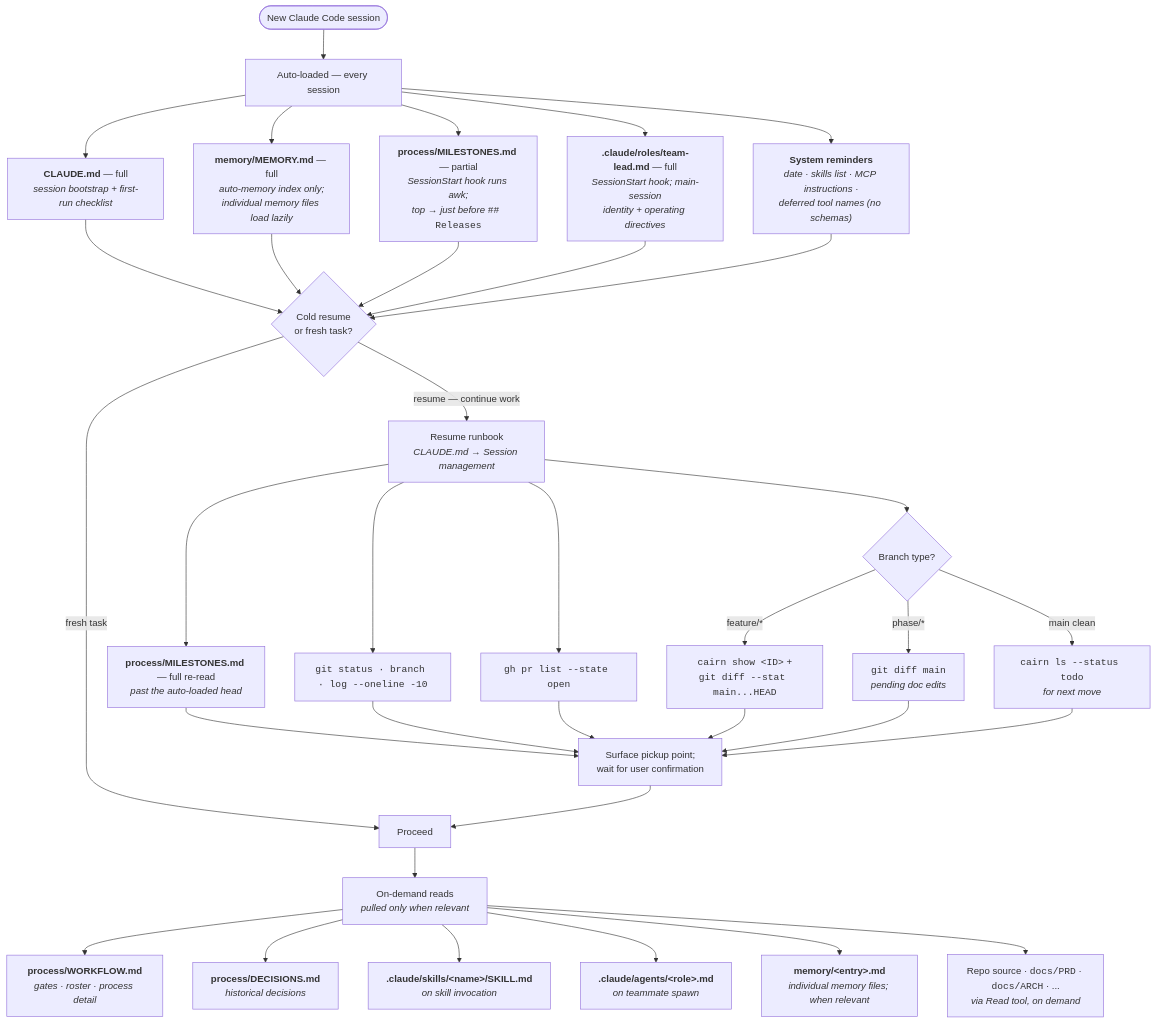
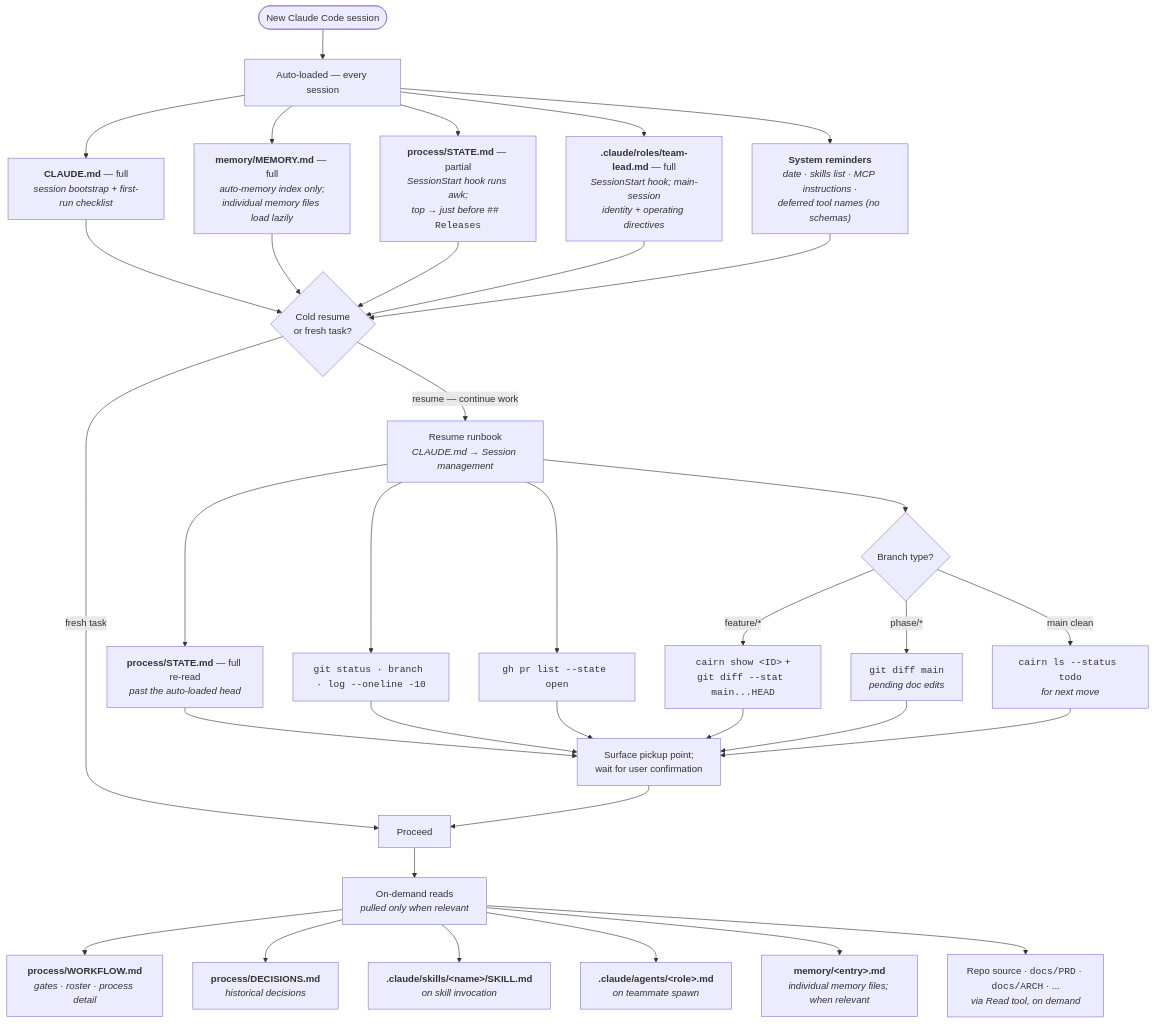
Before and after one commit to richmosko/project_template: the second of 2 diagrams in README.md, drawn with Mermaid. The commit also changed other lines of this file and 37 other files, not shown here.

First line of the commit message:
docs(PT-15): rename process/MILESTONES.md → STATE.md (#34)

````diff
--- a/README.md
+++ b/README.md
@@ -157,48 +157,48 @@
 ```mermaid
 flowchart TD
   S0([New Claude Code session])
 
   S0 --> A["Auto-loaded — every session"]
 
   A --> A1["<b>CLAUDE.md</b> — full<br/><i>session bootstrap + first-run checklist</i>"]
   A --> A2["<b>memory/MEMORY.md</b> — full<br/><i>auto-memory index only;<br/>individual memory files load lazily</i>"]
-  A --> A3["<b>process/MILESTONES.md</b> — partial<br/><i>SessionStart hook runs awk;<br/>top → just before</i> <code>## Releases</code>"]
+  A --> A3["<b>process/STATE.md</b> — partial<br/><i>SessionStart hook runs awk;<br/>top → just before</i> <code>## Releases</code>"]
   A --> A4["<b>.claude/roles/team-lead.md</b> — full<br/><i>SessionStart hook; main-session<br/>identity + operating directives</i>"]
   A --> A5["<b>System reminders</b><br/><i>date · skills list · MCP instructions ·<br/>deferred tool names (no schemas)</i>"]
 
   A1 --> Q{"Cold resume<br/>or fresh task?"}
   A2 --> Q
   A3 --> Q
   A4 --> Q
   A5 --> Q
 
   Q -->|resume — continue work| RB["Resume runbook<br/><i>CLAUDE.md → Session management</i>"]
 
-  RB --> R1["<b>process/MILESTONES.md</b> — full re-read<br/><i>past the auto-loaded head</i>"]
+  RB --> R1["<b>process/STATE.md</b> — full re-read<br/><i>past the auto-loaded head</i>"]
   RB --> R2["<code>git status · branch · log --oneline -10</code>"]
   RB --> R3["<code>gh pr list --state open</code>"]
   RB --> BR{"Branch type?"}
 
   BR -->|feature/*| R5["<code>cairn show &lt;ID&gt;</code> +<br/><code>git diff --stat main...HEAD</code>"]
   BR -->|phase/*| R6["<code>git diff main</code><br/><i>pending doc edits</i>"]
   BR -->|main clean| R7["<code>cairn ls --status todo</code><br/><i>for next move</i>"]
 
   R1 --> CONF["Surface pickup point;<br/>wait for user confirmation"]
   R2 --> CONF
   R3 --> CONF
   R5 --> CONF
   R6 --> CONF
   R7 --> CONF
 
   Q -->|fresh task| W["Proceed"]
   CONF --> W
 
   W --> LZ["On-demand reads<br/><i>pulled only when relevant</i>"]
 
   LZ --> L1["<b>process/WORKFLOW.md</b><br/><i>gates · roster · process detail</i>"]
   LZ --> L2["<b>process/DECISIONS.md</b><br/><i>historical decisions</i>"]
   LZ --> L3["<b>.claude/skills/&lt;name&gt;/SKILL.md</b><br/><i>on skill invocation</i>"]
   LZ --> L4["<b>.claude/agents/&lt;role&gt;.md</b><br/><i>on teammate spawn</i>"]
   LZ --> L5["<b>memory/&lt;entry&gt;.md</b><br/><i>individual memory files; when relevant</i>"]
   LZ --> L6["Repo source · <code>docs/PRD</code> · <code>docs/ARCH</code> · ...<br/><i>via Read tool, on demand</i>"]
 ```
````
